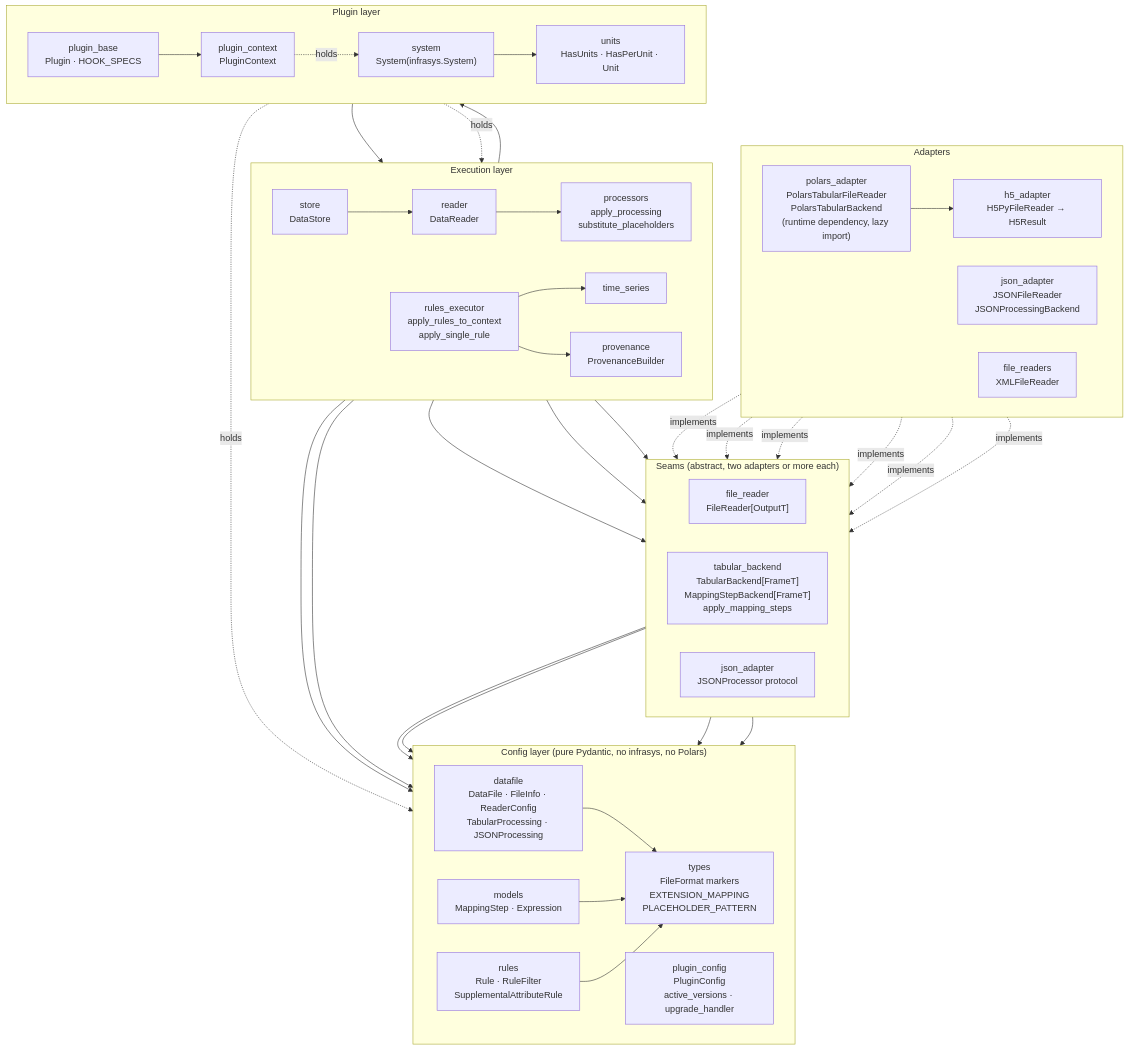
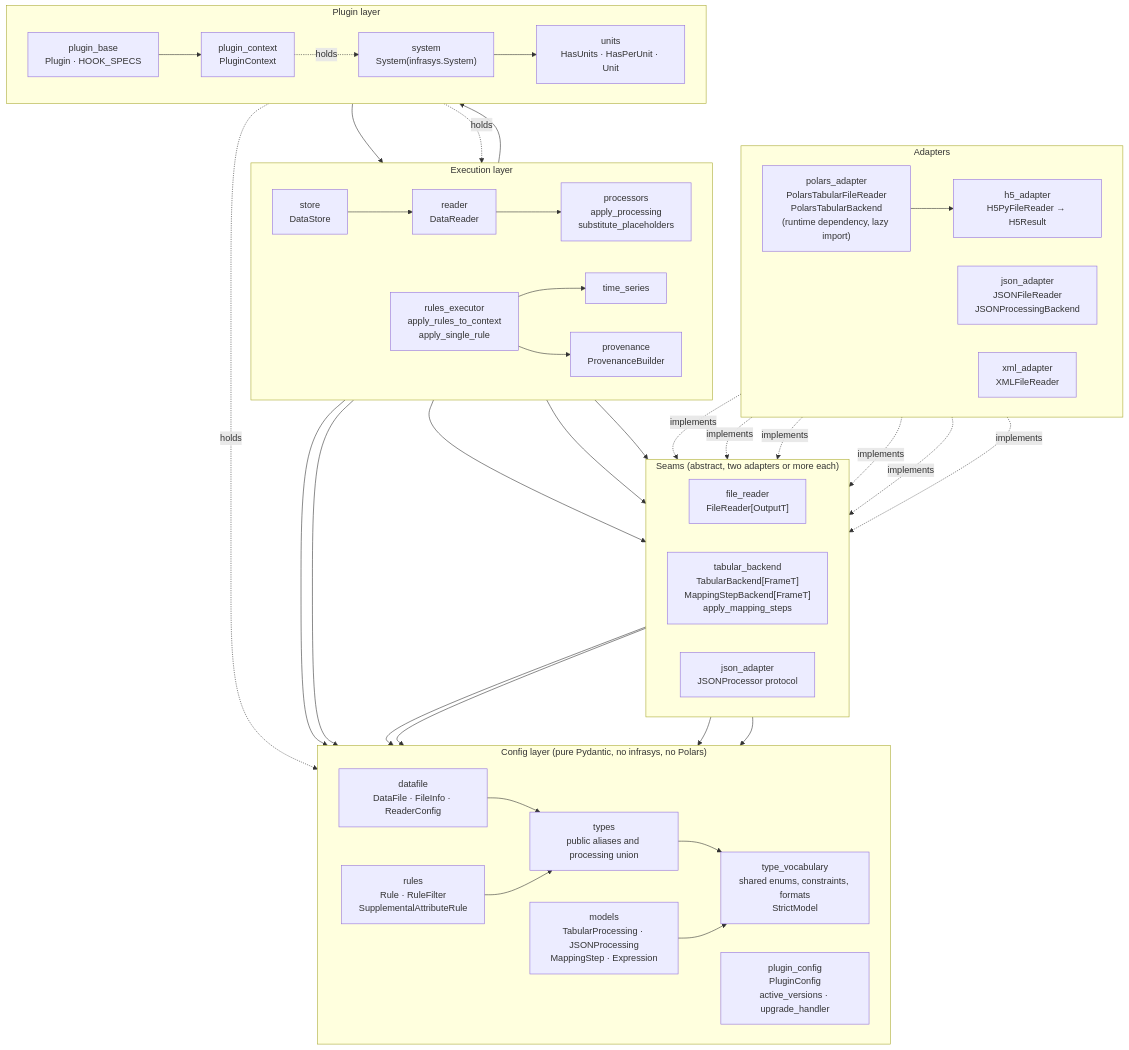
The first of 5 diagrams in docs/src/content/docs/explanations/architecture.md (NatLabRockies/r2x-core), drawn with Mermaid before and after one commit. The commit also changed other lines of this file and 54 other files, not shown here.

````diff
--- a/docs/src/content/docs/explanations/architecture.md
+++ b/docs/src/content/docs/explanations/architecture.md
@@ -13,75 +13,77 @@
 ```mermaid
 flowchart TB
     subgraph config["Config layer (pure Pydantic, no infrasys, no Polars)"]
         direction LR
-        types["types<br/>FileFormat markers<br/>EXTENSION_MAPPING<br/>PLACEHOLDER_PATTERN"]
-        datafile["datafile<br/>DataFile · FileInfo · ReaderConfig<br/>TabularProcessing · JSONProcessing"]
-        models["models<br/>MappingStep · Expression"]
+        vocabulary["type_vocabulary<br/>shared enums, constraints, formats<br/>StrictModel"]
+        types["types<br/>public aliases and processing union"]
+        datafile["datafile<br/>DataFile · FileInfo · ReaderConfig"]
+        models["models<br/>TabularProcessing · JSONProcessing<br/>MappingStep · Expression"]
         rules["rules<br/>Rule · RuleFilter<br/>SupplementalAttributeRule"]
         plugin_config["plugin_config<br/>PluginConfig<br/>active_versions · upgrade_handler"]
     end
 
     subgraph seams["Seams (abstract, two adapters or more each)"]
         direction LR
         file_reader["file_reader<br/>FileReader[OutputT]"]
         tabular_backend["tabular_backend<br/>TabularBackend[FrameT]<br/>MappingStepBackend[FrameT]<br/>apply_mapping_steps"]
         json_processor["json_adapter<br/>JSONProcessor protocol"]
     end
 
     subgraph adapters["Adapters"]
         direction LR
         polars["polars_adapter<br/>PolarsTabularFileReader<br/>PolarsTabularBackend<br/>(runtime dependency, lazy import)"]
         h5["h5_adapter<br/>H5PyFileReader → H5Result"]
         json["json_adapter<br/>JSONFileReader<br/>JSONProcessingBackend"]
-        xml["file_readers<br/>XMLFileReader"]
+        xml["xml_adapter<br/>XMLFileReader"]
     end
 
     subgraph exec["Execution layer"]
         direction LR
         reader["reader<br/>DataReader"]
         processors["processors<br/>apply_processing<br/>substitute_placeholders"]
         store["store<br/>DataStore"]
         rules_executor["rules_executor<br/>apply_rules_to_context<br/>apply_single_rule"]
         time_series["time_series"]
         provenance["provenance<br/>ProvenanceBuilder"]
     end
 
     subgraph plugin["Plugin layer"]
         direction LR
         plugin_context["plugin_context<br/>PluginContext"]
         plugin_base["plugin_base<br/>Plugin · HOOK_SPECS"]
         system["system<br/>System(infrasys.System)"]
         units["units<br/>HasUnits · HasPerUnit · Unit"]
     end
 
+    types --> vocabulary
     datafile --> types
-    models --> types
+    models --> vocabulary
     rules --> types
     file_reader --> datafile
     tabular_backend --> datafile
     tabular_backend --> models
     json_processor --> datafile
     polars -.->|implements| file_reader
     polars -.->|implements| tabular_backend
     polars --> h5
     h5 -.->|implements| file_reader
     json -.->|implements| file_reader
     json -.->|implements| json_processor
     xml -.->|implements| file_reader
     reader --> file_reader
     reader --> processors
     processors --> tabular_backend
     processors --> json_processor
     store --> reader
     store --> plugin_config
     rules_executor --> rules
     rules_executor --> plugin_context
     rules_executor --> time_series
     rules_executor --> provenance
     plugin_base --> plugin_context
     system --> units
     system --> provenance
     plugin_context -.->|holds| store
     plugin_context -.->|holds| system
     plugin_context -.->|holds| rules
 ```
````
